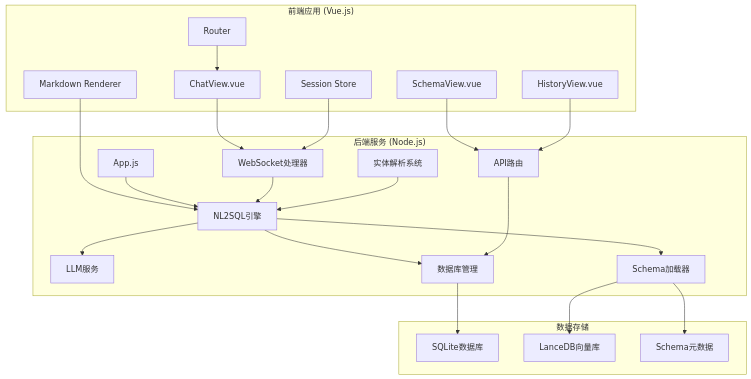
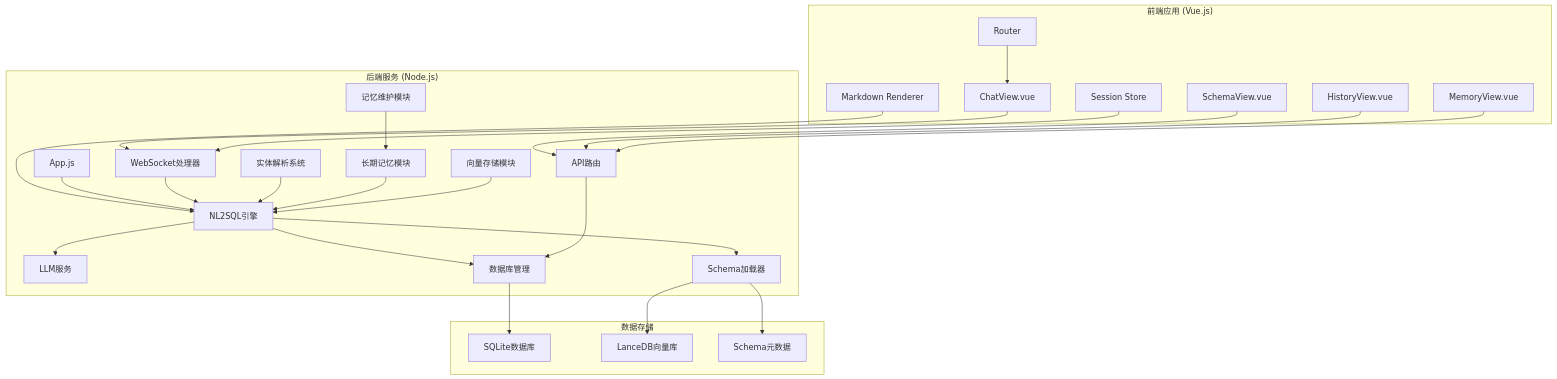
The first of 15 diagrams in .qoder/repowiki/zh/content/核心模块详解/NL2SQL自然语言到SQL系统/NL2SQL自然语言到SQL系统.md (HanHuiOnLine/724-office), drawn with Mermaid before and after one commit. The commit also changed other lines of this file and 14 other files, not shown here.

Commit message:
优化意图识别

````diff
--- a/.qoder/repowiki/zh/content/核心模块详解/NL2SQL自然语言到SQL系统/NL2SQL自然语言到SQL系统.md
+++ b/.qoder/repowiki/zh/content/核心模块详解/NL2SQL自然语言到SQL系统/NL2SQL自然语言到SQL系统.md
@@ -63,42 +69,50 @@
 ```mermaid
 graph TB
 subgraph "前端应用 (Vue.js)"
 FE1[ChatView.vue]
 FE2[SchemaView.vue]
 FE3[HistoryView.vue]
-FE4[Session Store]
-FE5[Router]
-FE6[Markdown Renderer]
+FE4[MemoryView.vue]
+FE5[Session Store]
+FE6[Router]
+FE7[Markdown Renderer]
 end
 subgraph "后端服务 (Node.js)"
 BE1[App.js]
 BE2[NL2SQL引擎]
 BE3[LLM服务]
 BE4[Schema加载器]
 BE5[数据库管理]
 BE6[WebSocket处理器]
 BE7[API路由]
 BE8[实体解析系统]
+BE9[长期记忆模块]
+BE10[记忆维护模块]
+BE11[向量存储模块]
 end
 subgraph "数据存储"
 DS1[SQLite数据库]
 DS2[LanceDB向量库]
 DS3[Schema元数据]
 end
 FE1 --> BE6
 FE2 --> BE7
 FE3 --> BE7
-FE4 --> BE6
-FE5 --> FE1
-FE6 --> BE2
+FE4 --> BE7
+FE5 --> BE6
+FE6 --> FE1
+FE7 --> BE2
 BE1 --> BE2
 BE2 --> BE3
 BE2 --> BE4
 BE2 --> BE5
 BE6 --> BE2
 BE7 --> BE5
 BE8 --> BE2
+BE9 --> BE2
+BE10 --> BE9
+BE11 --> BE2
 BE4 --> DS3
 BE5 --> DS1
 BE4 --> DS2
 ```
````
